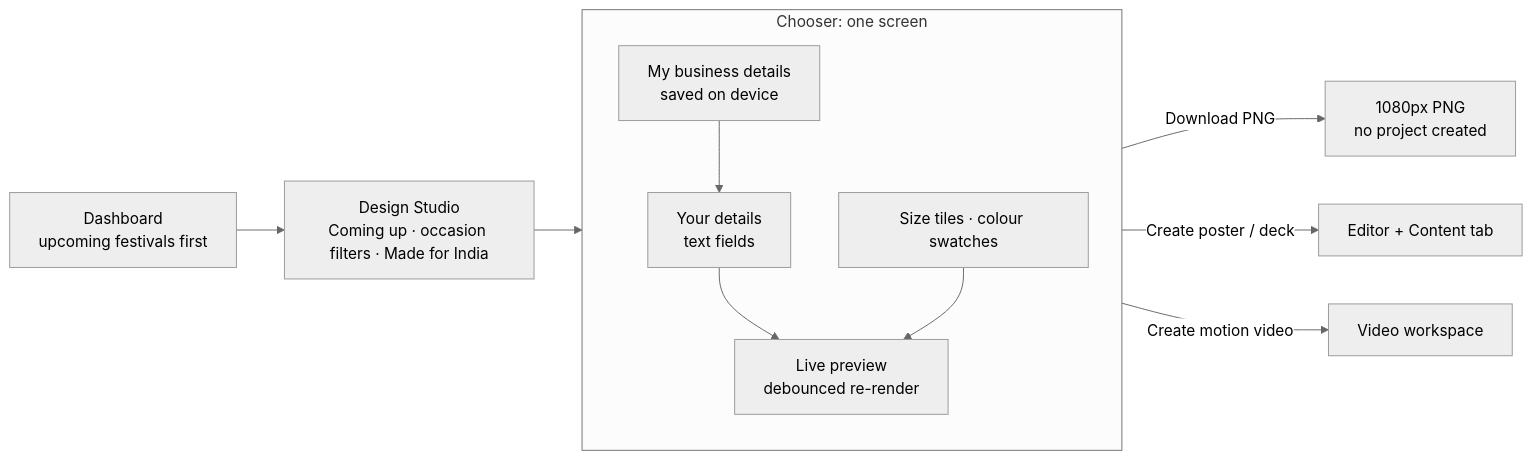
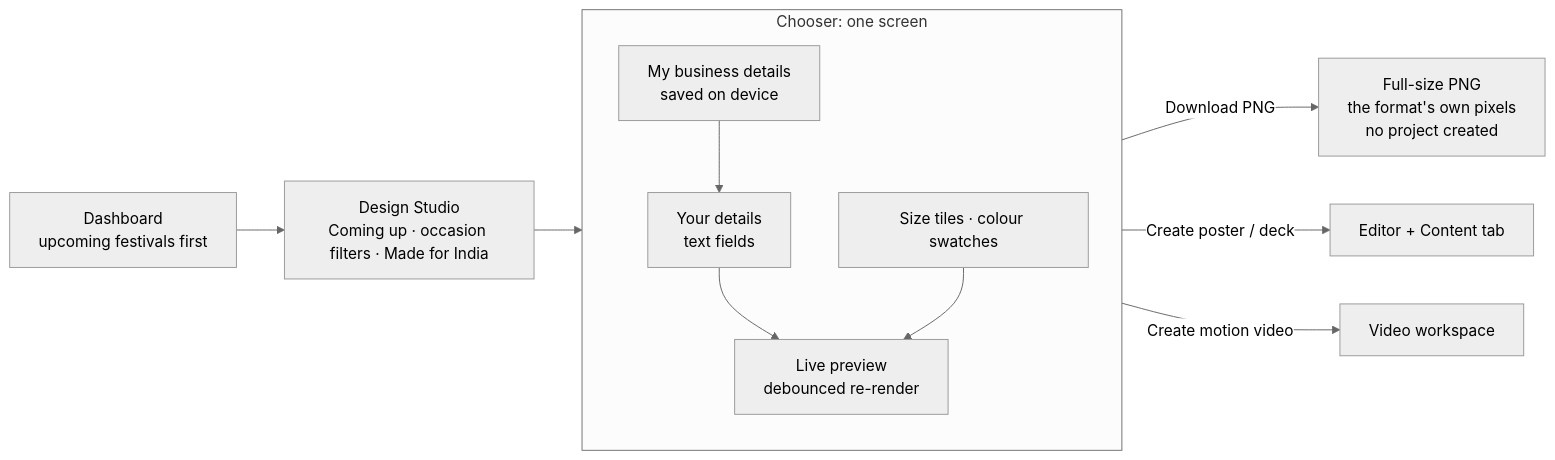
The diagram in docs/DESIGN_STUDIO_REVIEW.md (YuvarajTana/techstudio), drawn with Mermaid (neutral theme) before and after one commit. The commit also changed other lines of this file and 26 other files, not shown here.

````diff
--- a/docs/DESIGN_STUDIO_REVIEW.md
+++ b/docs/DESIGN_STUDIO_REVIEW.md
@@ -54,13 +54,13 @@
 ```mermaid
 flowchart LR
     D[Dashboard<br/>upcoming festivals first] --> S[Design Studio<br/>Coming up · occasion filters · Made for India]
     S --> C[Chooser]
     subgraph C[Chooser: one screen]
       P[My business details<br/>saved on device] --> F[Your details<br/>text fields]
       F --> L[Live preview<br/>debounced re-render]
       Z[Size tiles · colour swatches] --> L
     end
-    C -->|Download PNG| PNG[1080px PNG<br/>no project created]
+    C -->|Download PNG| PNG[Full-size PNG<br/>the format's own pixels<br/>no project created]
     C -->|Create poster / deck| E[Editor + Content tab]
     C -->|Create motion video| V[Video workspace]
 ```
````
